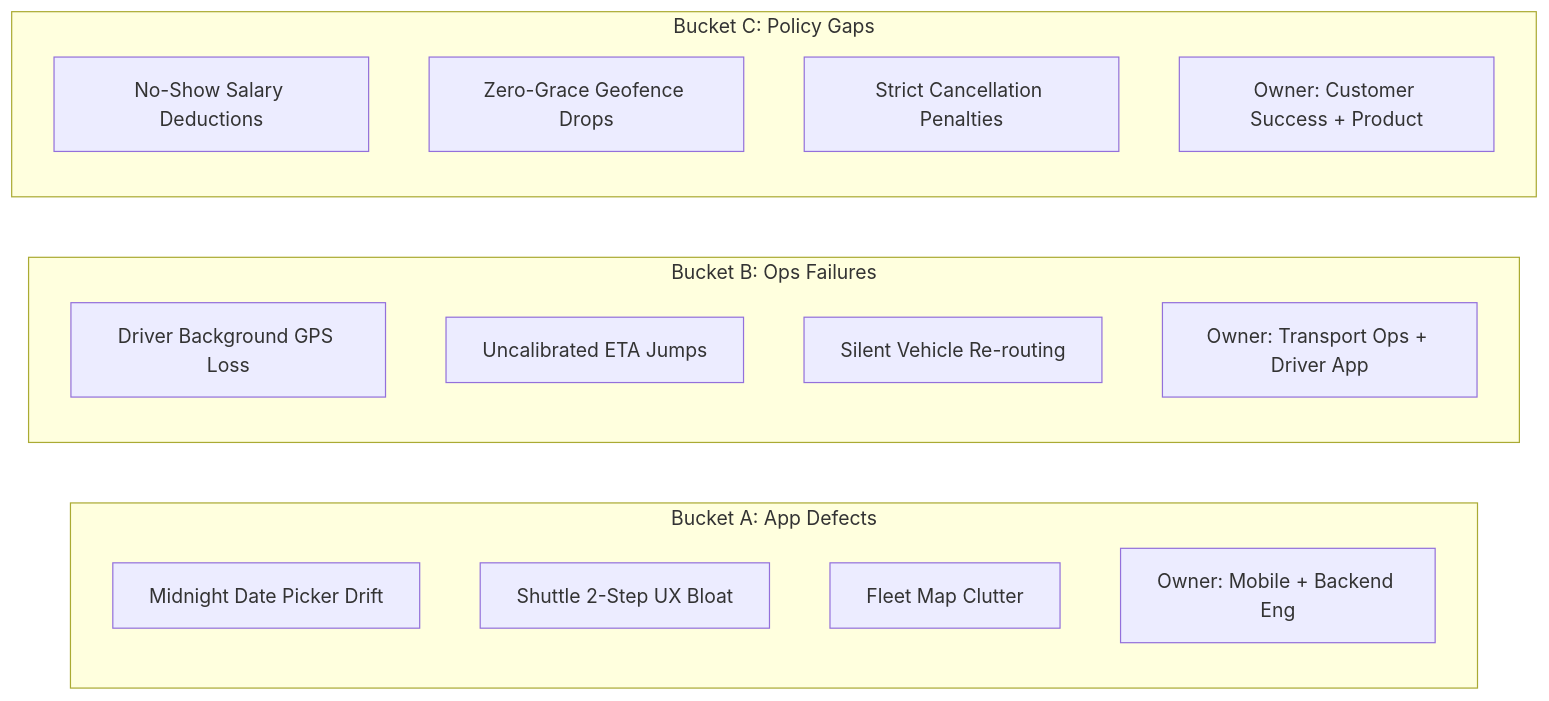
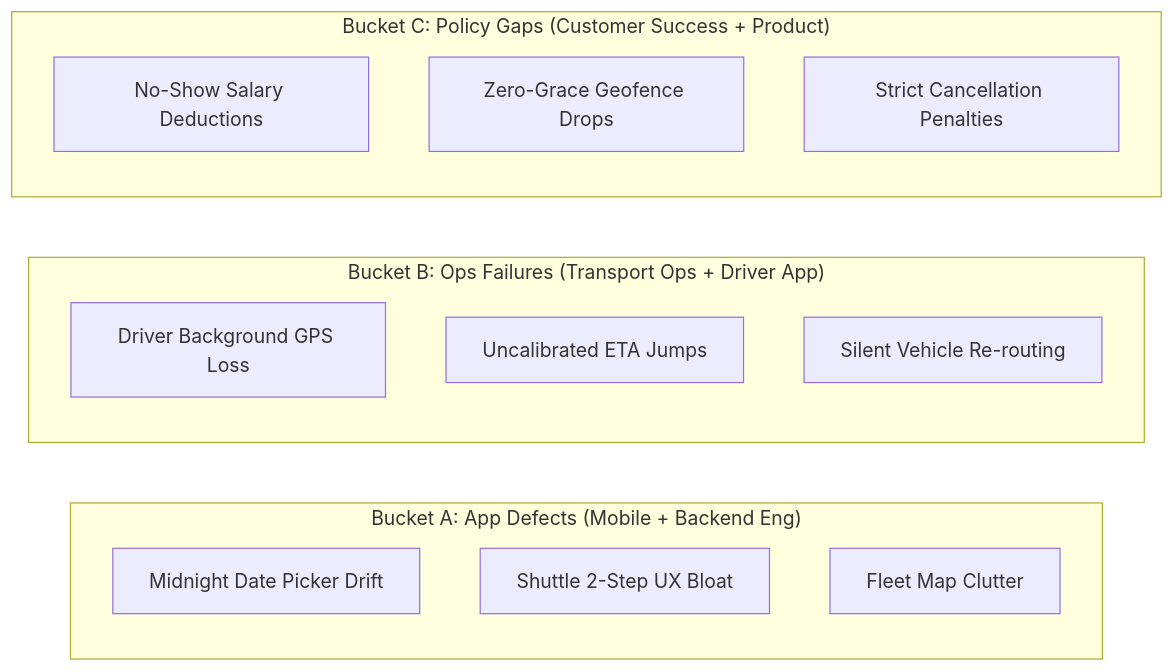
Before and after one commit to Ankurchoudhary75/moveinsync-fde-turnaround: the second of 2 diagrams in docs/CASE_STUDY.md, drawn with Mermaid. The commit also changed 1 other file, not shown here.

Commit message:
fix(mermaid): quote all node labels and subgraph titles to ensure flawless GitHub rendering

````diff
--- a/docs/CASE_STUDY.md
+++ b/docs/CASE_STUDY.md
@@ -75,21 +75,18 @@
 ```mermaid
 graph LR
-    subgraph Bucket A: App Defects
-        A1[Midnight Date Picker Drift]
-        A2[Shuttle 2-Step UX Bloat]
-        A3[Fleet Map Clutter]
-        A4[Owner: Mobile + Backend Eng]
+    subgraph BucketA ["Bucket A: App Defects (Mobile + Backend Eng)"]
+        A1["Midnight Date Picker Drift"]
+        A2["Shuttle 2-Step UX Bloat"]
+        A3["Fleet Map Clutter"]
     end
-    subgraph Bucket B: Ops Failures
-        B1[Driver Background GPS Loss]
-        B2[Uncalibrated ETA Jumps]
-        B3[Silent Vehicle Re-routing]
-        B4[Owner: Transport Ops + Driver App]
+    subgraph BucketB ["Bucket B: Ops Failures (Transport Ops + Driver App)"]
+        B1["Driver Background GPS Loss"]
+        B2["Uncalibrated ETA Jumps"]
+        B3["Silent Vehicle Re-routing"]
     end
-    subgraph Bucket C: Policy Gaps
-        C1[No-Show Salary Deductions]
-        C2[Zero-Grace Geofence Drops]
-        C3[Strict Cancellation Penalties]
-        C4[Owner: Customer Success + Product]
+    subgraph BucketC ["Bucket C: Policy Gaps (Customer Success + Product)"]
+        C1["No-Show Salary Deductions"]
+        C2["Zero-Grace Geofence Drops"]
+        C3["Strict Cancellation Penalties"]
     end
 ```
````
